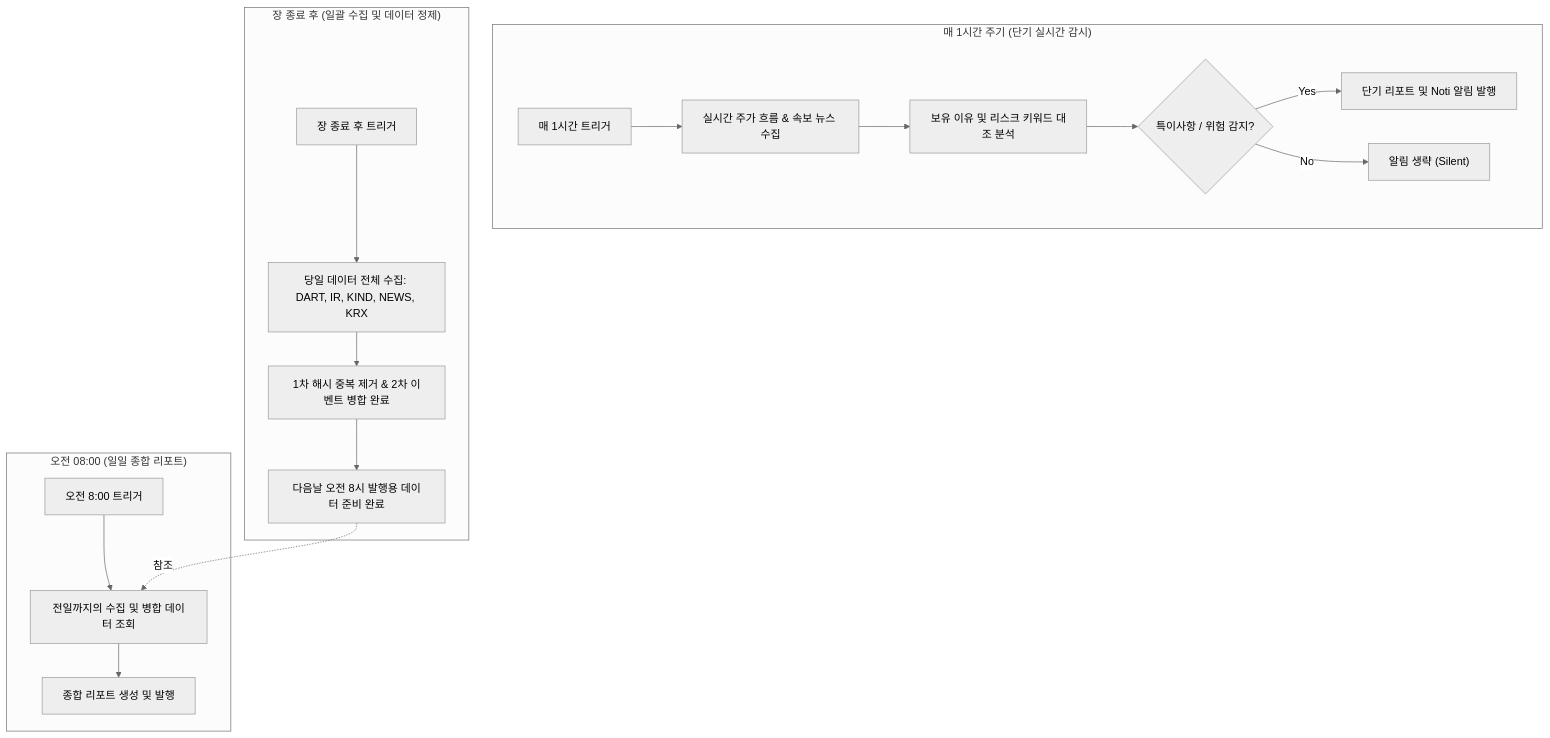
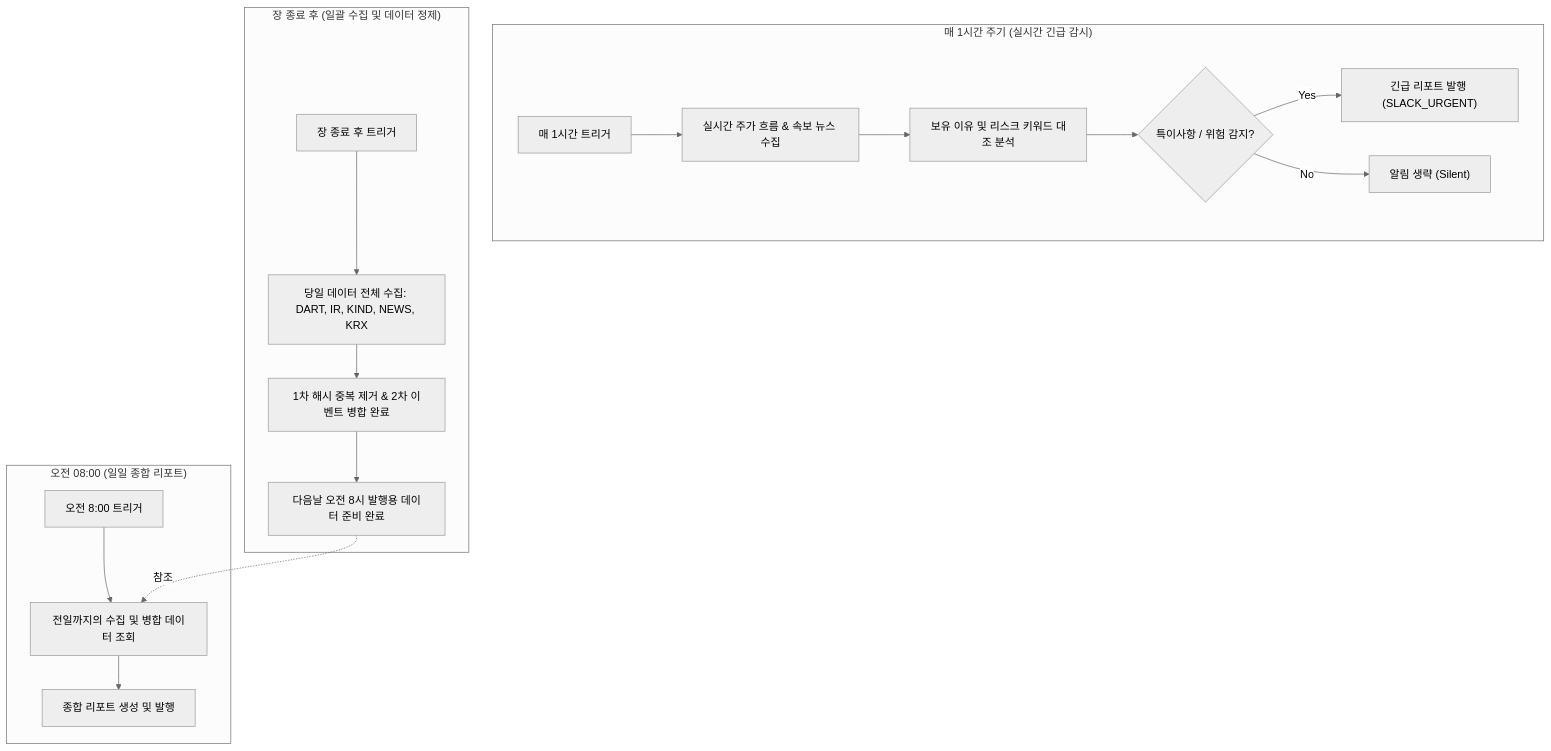
Before and after one commit to YOUNGDAE-PARK/stock-noti: the second of 3 diagrams in docs/workflow.md, drawn with Mermaid (neutral theme). The commit also changed other lines of this file and 38 other files, not shown here.

````diff
--- a/docs/workflow.md
+++ b/docs/workflow.md
@@ -58,27 +58,27 @@
 ```mermaid
 graph TD
     %% 오전 8시 종합 리포트
     subgraph DailyBatch ["오전 08:00 (일일 종합 리포트)"]
         Start8[오전 8:00 트리거] --> ReadDB[전일까지의 수집 및 병합 데이터 조회]
         ReadDB --> GenDaily[종합 리포트 생성 및 발행]
     end
 
     %% 매 1시간 주기 감시
-    subgraph HourlyLoop ["매 1시간 주기 (단기 실시간 감시)"]
+    subgraph HourlyLoop ["매 1시간 주기 (실시간 긴급 감시)"]
         StartHourly[매 1시간 트리거] --> CollectRealtime[실시간 주가 흐름 & 속보 뉴스 수집]
         CollectRealtime --> AnalyzeThesis[보유 이유 및 리스크 키워드 대조 분석]
         AnalyzeThesis --> Decision{"특이사항 / 위험 감지?"}
         
-        Decision -->|Yes| SendNoti[단기 리포트 및 Noti 알림 발행]
+        Decision -->|Yes| SendNoti["긴급 리포트 발행 (SLACK_URGENT)"]
         Decision -->|No| SkipNoti["알림 생략 (Silent)"]
     end
 
     %% 장 종료 후 배치
     subgraph MarketClose ["장 종료 후 (일괄 수집 및 데이터 정제)"]
         StartClose[장 종료 후 트리거] --> FetchAll[당일 데이터 전체 수집: DART, IR, KIND, NEWS, KRX]
         FetchAll --> MergeAll[1차 해시 중복 제거 & 2차 이벤트 병합 완료]
         MergeAll --> ReadyNextDay[다음날 오전 8시 발행용 데이터 준비 완료]
     end
     
     ReadyNextDay -.->|참조| ReadDB
 ```
````
